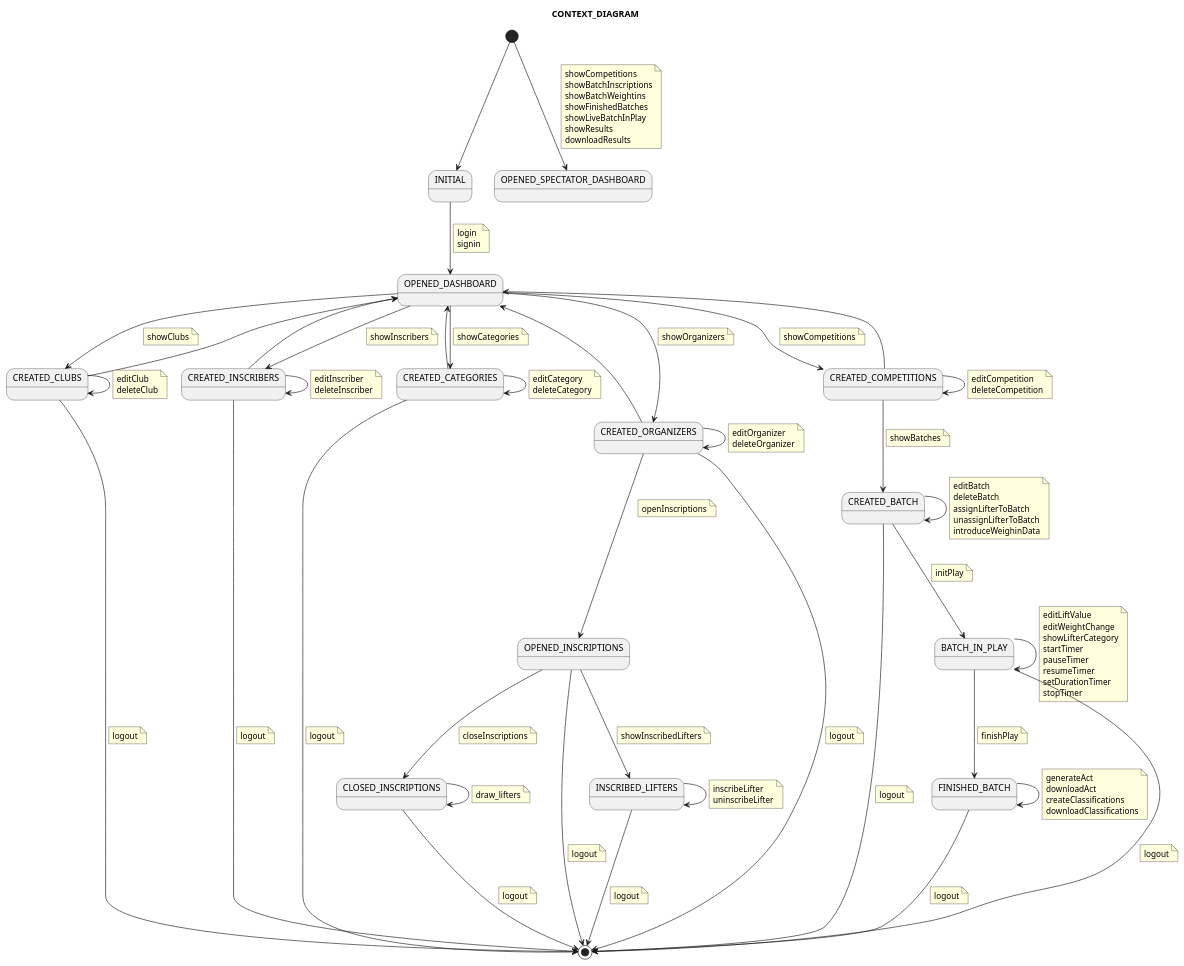
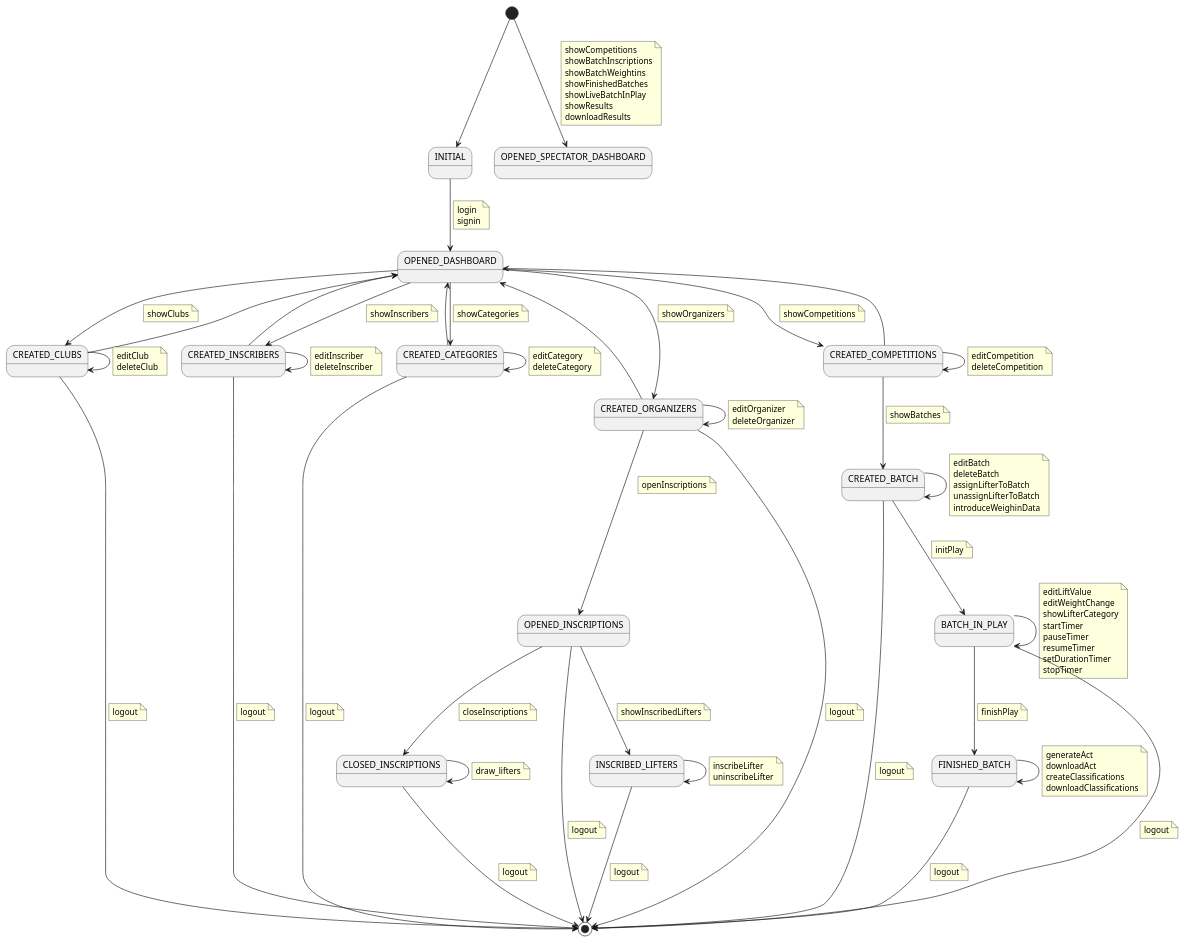
One commit to zuldare/mastercloud_pfm_halterocms changed the diagram in diagrams/context/contextDiagram.puml. Above: the diagram before and after it, drawn with PlantUML.

Commit message:
Refactor context diagram

```diff
--- a/diagrams/context/contextDiagram.puml
+++ b/diagrams/context/contextDiagram.puml
@@ -1,6 +1,4 @@
 @startuml
-title CONTEXT_DIAGRAM
-
 state INITIAL
 state OPENED_DASHBOARD
 state CREATED_CLUBS
@@ -11,6 +9,9 @@
 state CREATED_COMPETITIONS
 state INSCRIBED_LIFTERS
 state CREATED_BATCH
+state BATCH_IN_PLAY
+state FINISHED_BATCH
+state OPENED_SPECTATOR_DASHBOARD
 
 [*] --> INITIAL
 INITIAL --> OPENED_DASHBOARD
@@ -126,7 +127,6 @@
   introduceWeighinData
 end note
 
-state BATCH_IN_PLAY
 
 CREATED_BATCH --> BATCH_IN_PLAY
 note on link
@@ -145,7 +145,6 @@
   stopTimer
 end note
 
-state FINISHED_BATCH
 BATCH_IN_PLAY --> FINISHED_BATCH
 note on link
   finishPlay
@@ -159,9 +158,6 @@
  downloadClassifications
 end note
 
-
-
-state OPENED_SPECTATOR_DASHBOARD
 
 [*] --> OPENED_SPECTATOR_DASHBOARD
 note on link
```
